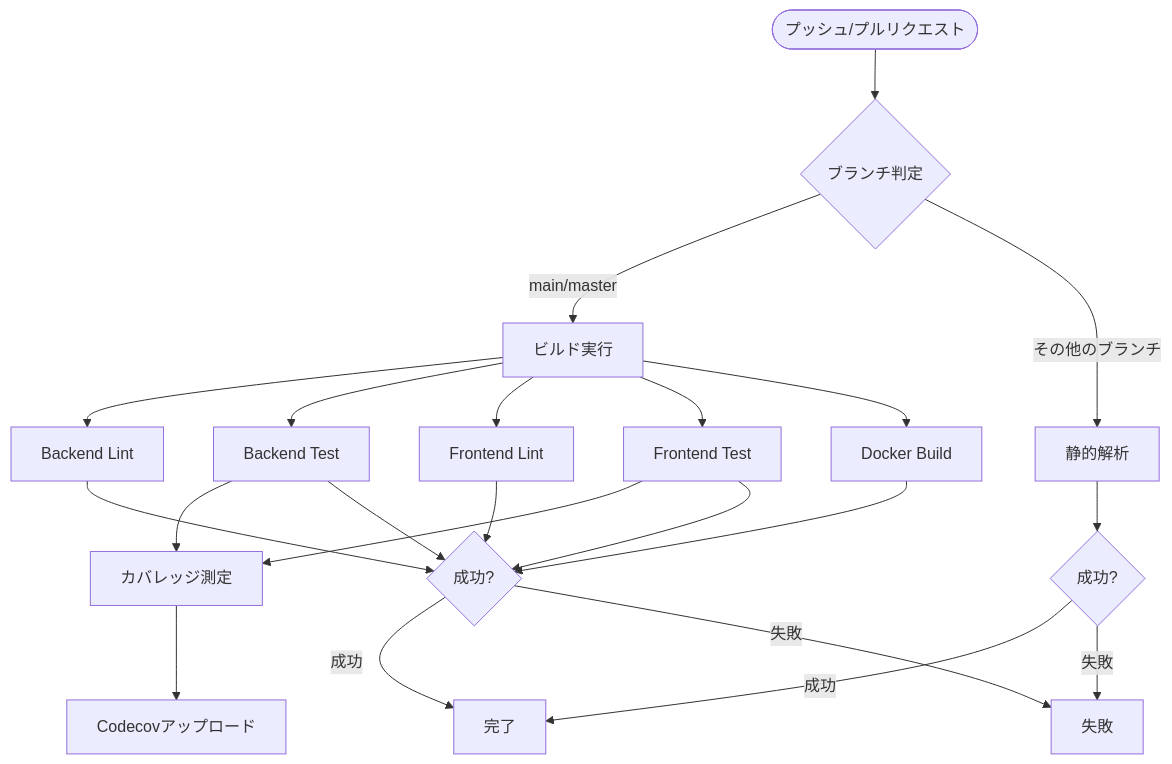
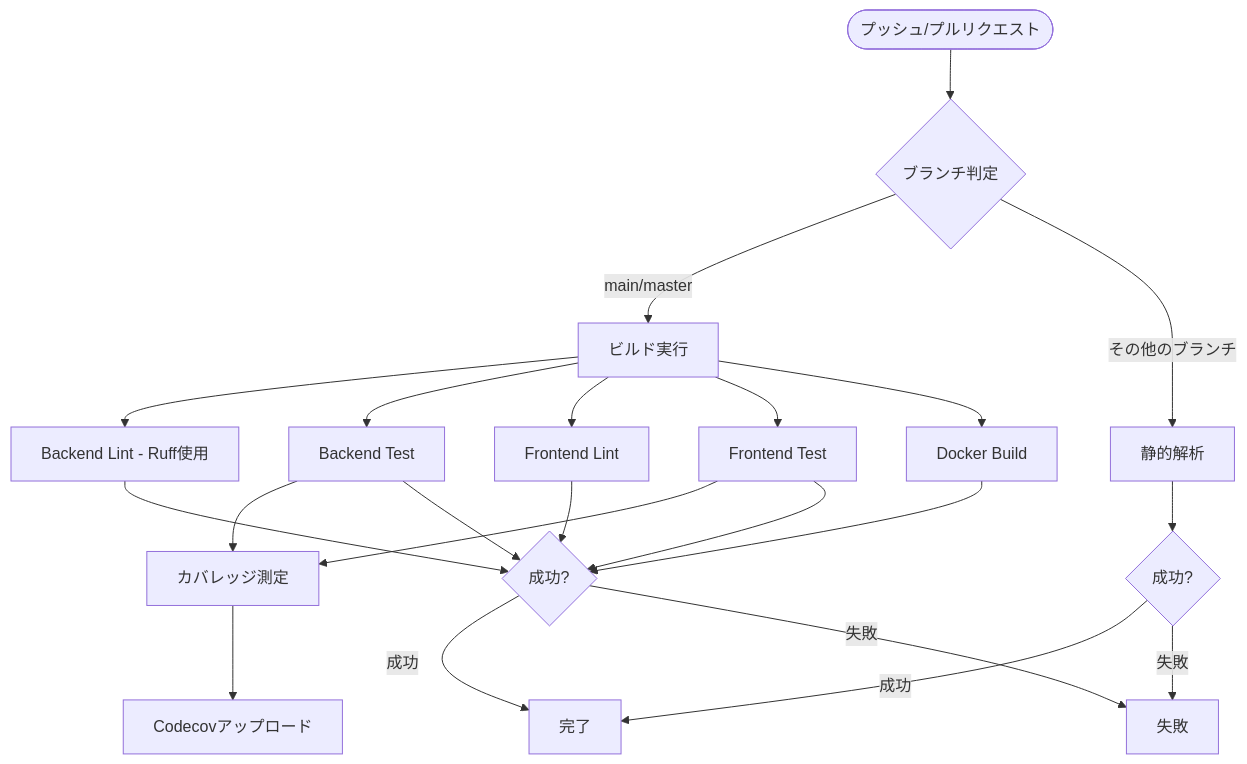
One commit to ss8806/Todos changed the fourth of 7 diagrams in .qoder/repowiki/ja/content/開発ワークフロー/開発ワークフロー.md. Above: the diagram before and after it, drawn with Mermaid. The commit also changed other lines of this file and 9 other files, not shown here.

````diff
--- a/.qoder/repowiki/ja/content/開発ワークフロー/開発ワークフロー.md
+++ b/.qoder/repowiki/ja/content/開発ワークフロー/開発ワークフロー.md
@@ -263,24 +279,24 @@
 ```mermaid
 flowchart TD
 Start([プッシュ/プルリクエスト]) --> Check{ブランチ判定}
 Check --> |main/master| Build[ビルド実行]
 Check --> |その他のブランチ| Lint[静的解析]
-Build --> BackendLint[Backend Lint]
+Build --> BackendLint[Backend Lint - Ruff使用]
 Build --> BackendTest[Backend Test]
 Build --> FrontendLint[Frontend Lint]
 Build --> FrontendTest[Frontend Test]
 Build --> DockerBuild[Docker Build]
 BackendTest --> Coverage[カバレッジ測定]
 FrontendTest --> Coverage
 Coverage --> Upload[Codecovアップロード]
 BackendLint --> Pass{成功?}
 BackendTest --> Pass
 FrontendLint --> Pass
 FrontendTest --> Pass
 DockerBuild --> Pass
 Pass --> |成功| Complete[完了]
 Pass --> |失敗| Fail[失敗]
 Lint --> Pass2{成功?}
 Pass2 --> |成功| Complete
 Pass2 --> |失敗| Fail
 ```
````
